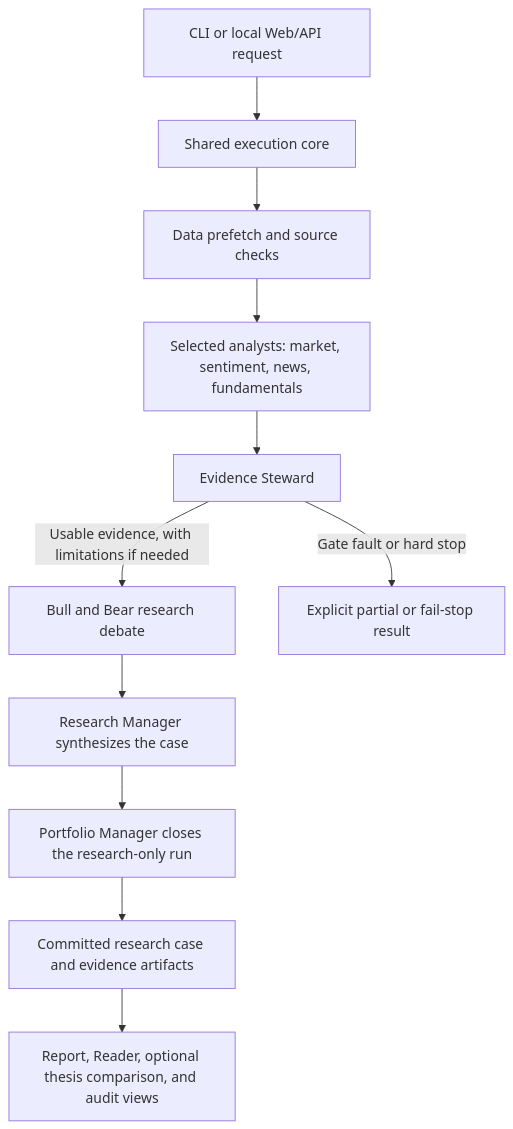
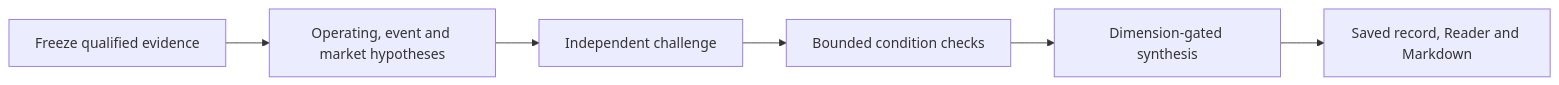
The diagram in README.md (david188888/TradingAgents), drawn with Mermaid before and after one commit. The commit also changed other lines of this file and 69 other files, not shown here.

Commit message:
feat: release v3.0.0 unified Web evidence research

````diff
--- a/README.md
+++ b/README.md
@@ -19,13 +22,8 @@
 ```mermaid
-flowchart TD
-    A[CLI or local Web/API request] --> B[Shared execution core]
-    B --> C[Data prefetch and source checks]
-    C --> D[Selected analysts: market, sentiment, news, fundamentals]
-    D --> E[Evidence Steward]
-    E -->|Usable evidence, with limitations if needed| F[Bull and Bear research debate]
-    E -->|Gate fault or hard stop| X[Explicit partial or fail-stop result]
-    F --> G[Research Manager synthesizes the case]
-    G --> H[Portfolio Manager closes the research-only run]
-    H --> I[Committed research case and evidence artifacts]
-    I --> J[Report, Reader, optional thesis comparison, and audit views]
+flowchart LR
+    A[Freeze qualified evidence] --> B[Operating, event and market hypotheses]
+    B --> C[Independent challenge]
+    C --> D[Bounded condition checks]
+    D --> E[Dimension-gated synthesis]
+    E --> F[Saved record, Reader and Markdown]
 ```
````
